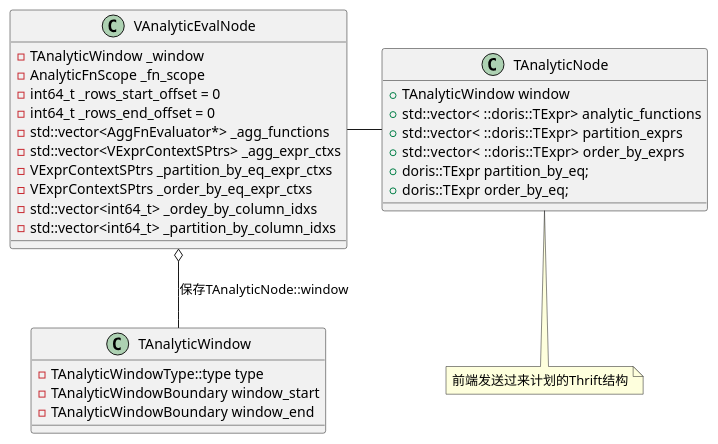
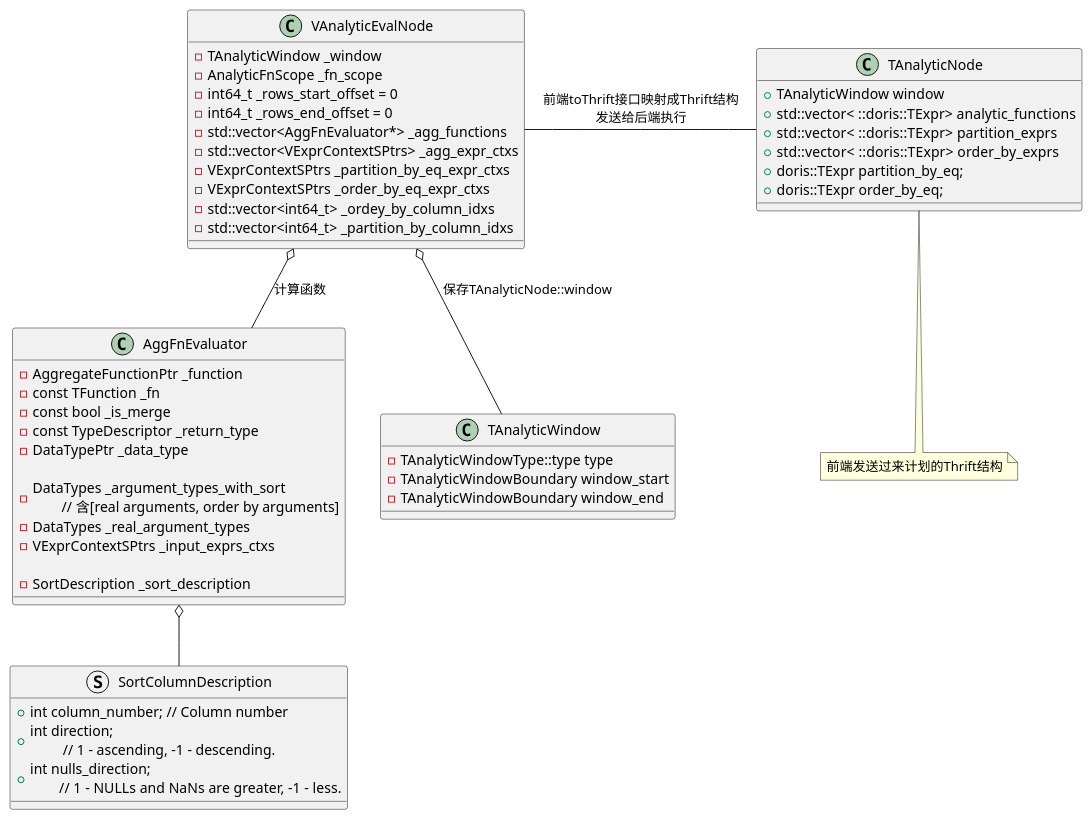
Before and after one commit to DepInjoy/geektime: the first of 10 diagrams in doc/DB/Doris/SourceRead/11_04_Exec_Operator.md, drawn with PlantUML. The commit also changed other lines of this file and 2 other files, not shown here.

````diff
--- a/doc/DB/Doris/SourceRead/11_04_Exec_Operator.md
+++ b/doc/DB/Doris/SourceRead/11_04_Exec_Operator.md
@@ -12,35 +23,58 @@
 ```plantuml
 @startuml
 class VAnalyticEvalNode {
     - TAnalyticWindow _window
     - AnalyticFnScope _fn_scope
     - int64_t _rows_start_offset = 0
     - int64_t _rows_end_offset = 0
     - std::vector<AggFnEvaluator*> _agg_functions
     - std::vector<VExprContextSPtrs> _agg_expr_ctxs
     - VExprContextSPtrs _partition_by_eq_expr_ctxs
     - VExprContextSPtrs _order_by_eq_expr_ctxs
     - std::vector<int64_t> _ordey_by_column_idxs
     - std::vector<int64_t> _partition_by_column_idxs
 }
 
 class TAnalyticNode {
     + TAnalyticWindow window
     + std::vector< ::doris::TExpr>  analytic_functions
     + std::vector< ::doris::TExpr>  partition_exprs
     + std::vector< ::doris::TExpr>  order_by_exprs
     + doris::TExpr partition_by_eq;
     + doris::TExpr order_by_eq;
 }
 note bottom: 前端发送过来计划的Thrift结构
 
 class TAnalyticWindow {
     - TAnalyticWindowType::type type
     - TAnalyticWindowBoundary window_start
     - TAnalyticWindowBoundary window_end
 }
 
+class AggFnEvaluator {
+    - AggregateFunctionPtr _function
+    - const TFunction _fn
+    - const bool _is_merge
+    - const TypeDescriptor _return_type
+    - DataTypePtr _data_type
+
+    - DataTypes _argument_types_with_sort \n\t// 含[real arguments, order by arguments]
+    - DataTypes _real_argument_types
+    - VExprContextSPtrs _input_exprs_ctxs
+
+    - SortDescription _sort_description
+}
+
+struct SortColumnDescription {
+    + int column_number; // Column number
+    + int direction; \n\t // 1 - ascending, -1 - descending.
+    + int nulls_direction; \n\t// 1 - NULLs and NaNs are greater, -1 - less.
+}
+
 TAnalyticWindow -up-o VAnalyticEvalNode : 保存TAnalyticNode::window
-TAnalyticNode -left-- VAnalyticEvalNode
+AggFnEvaluator -up-o VAnalyticEvalNode : 计算函数
+
+SortColumnDescription -up-o AggFnEvaluator
+TAnalyticNode -left-- VAnalyticEvalNode : 前端toThrift接口映射成Thrift结构\n发送给后端执行
 @enduml
 ```
````
